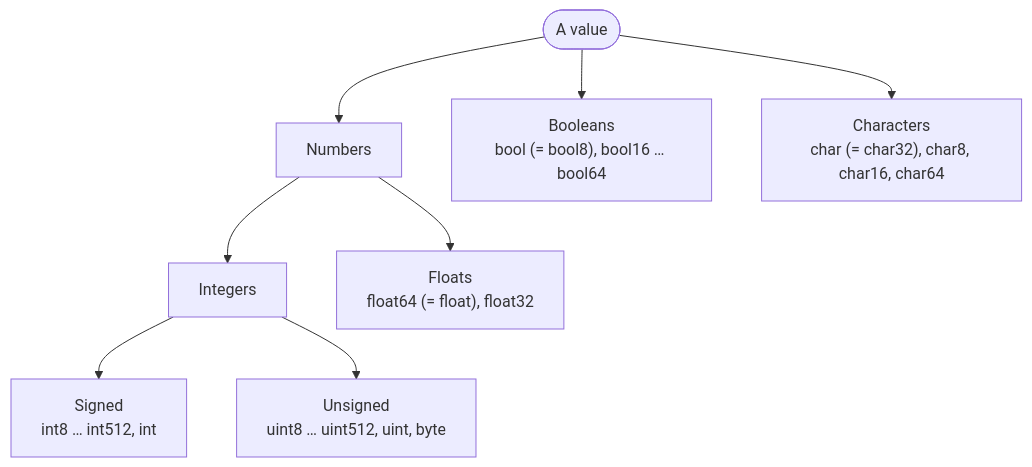
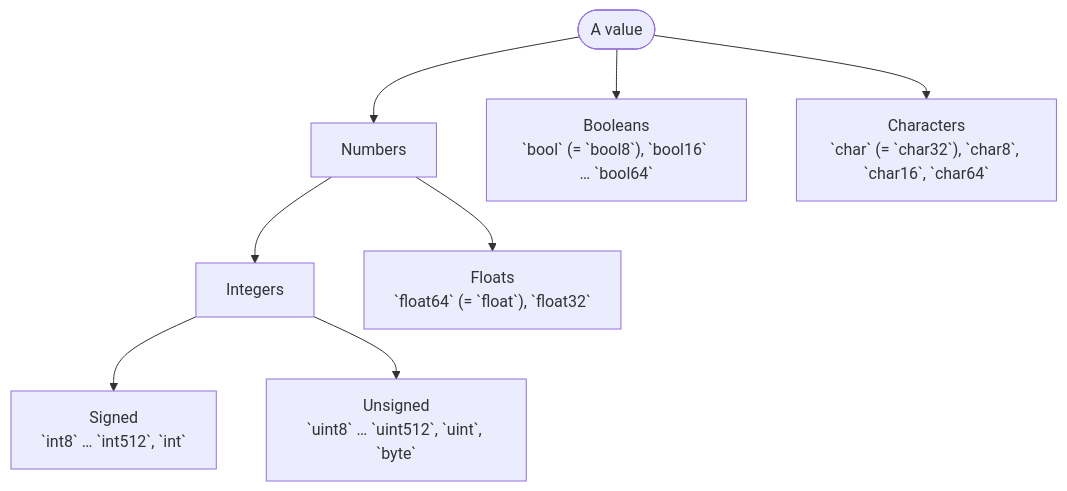
Before and after one commit to rux-lang/Web: the diagram in content/docs/1.learn/01.basics/00.index.md, drawn with Mermaid. The commit also changed 49 other files, not shown here.

````diff
--- a/content/docs/1.learn/01.basics/00.index.md
+++ b/content/docs/1.learn/01.basics/00.index.md
@@ -24,10 +24,10 @@
 ```mermaid
 flowchart TB
     v(["A value"]) --> num["Numbers"]
-    v --> b["Booleans<br/>bool (= bool8), bool16 … bool64"]
-    v --> c["Characters<br/>char (= char32), char8, char16, char64"]
+    v --> b["Booleans<br/>`bool` (= `bool8`), `bool16` … `bool64`"]
+    v --> c["Characters<br/>`char` (= `char32`), `char8`, `char16`, `char64`"]
     num --> i["Integers"]
-    num --> f["Floats<br/>float64 (= float), float32"]
-    i --> s["Signed<br/>int8 … int512, int"]
-    i --> u["Unsigned<br/>uint8 … uint512, uint, byte"]
+    num --> f["Floats<br/>`float64` (= `float`), `float32`"]
+    i --> s["Signed<br/>`int8` … `int512`, `int`"]
+    i --> u["Unsigned<br/>`uint8` … `uint512`, `uint`, `byte`"]
 ```
````
